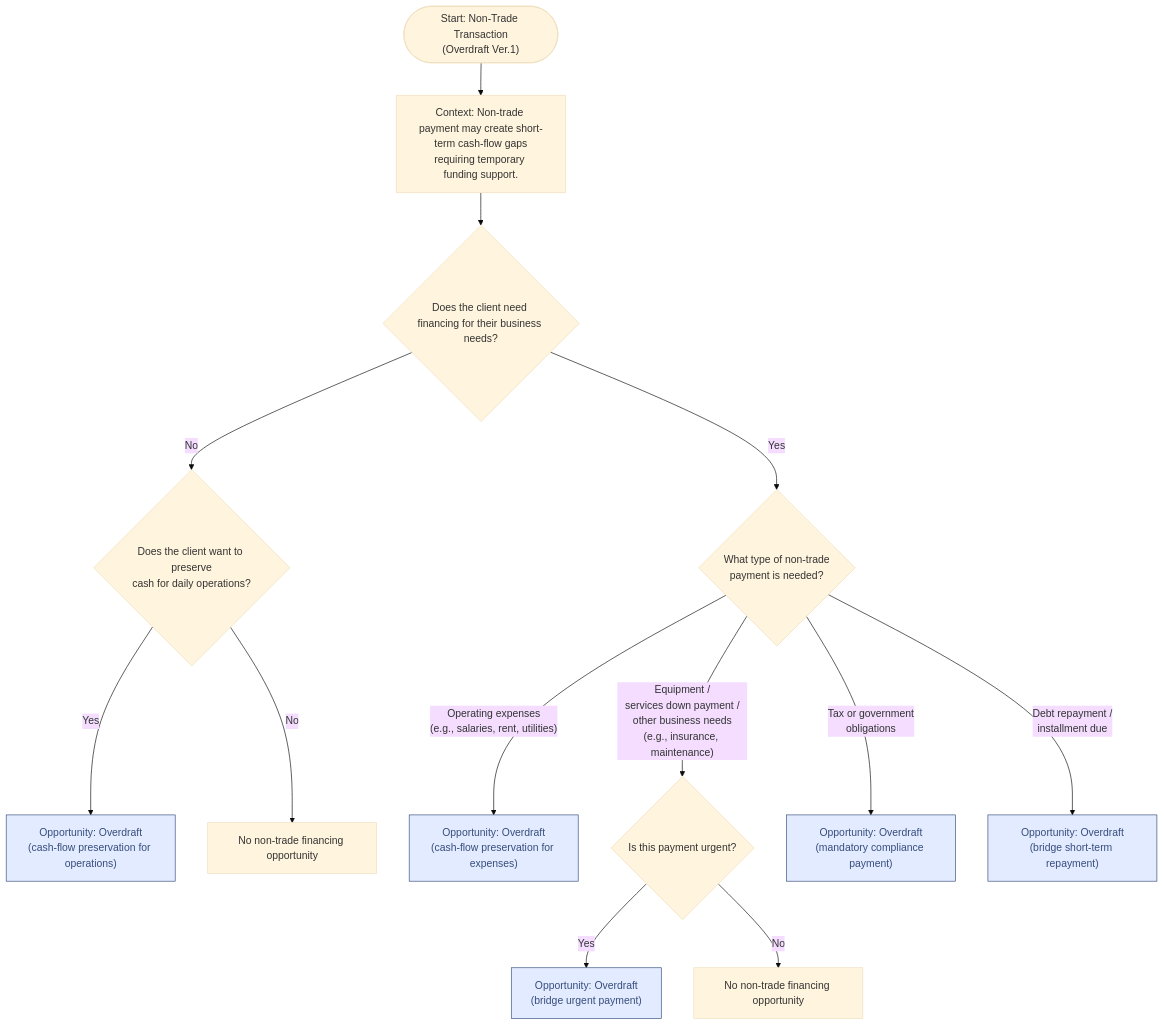
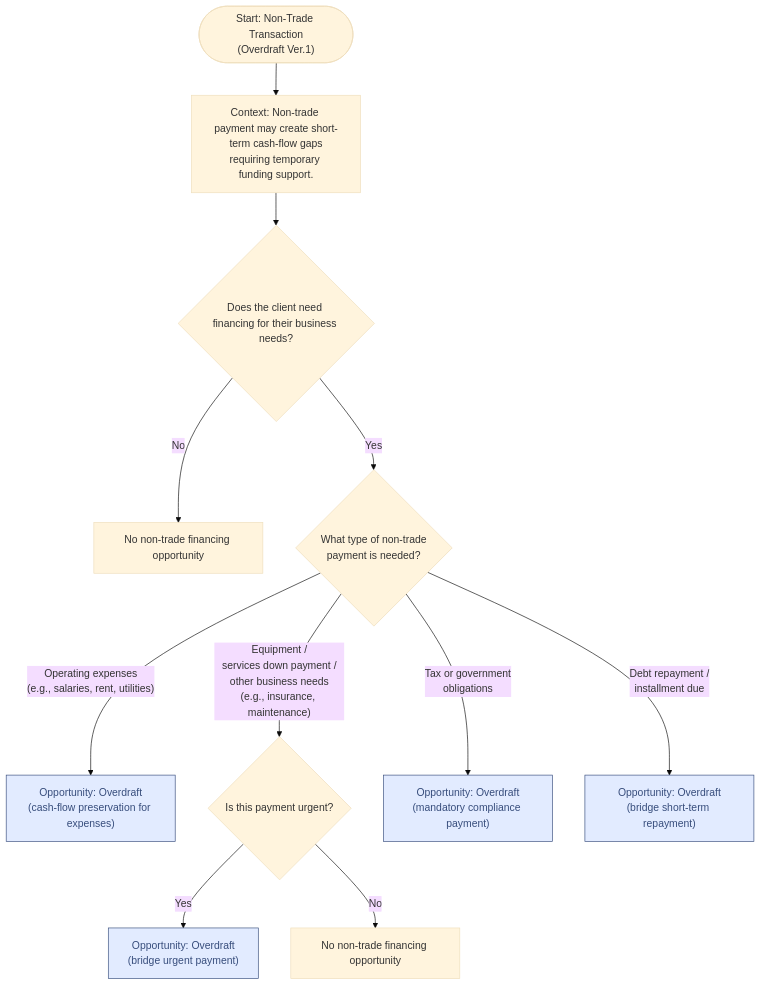
Before and after one commit to sage-develop/why: the diagram in tvc_decision_trees/loans_non_trade_trees/overdraft_tree.md, drawn with Mermaid (base theme).

````diff
--- a/tvc_decision_trees/loans_non_trade_trees/overdraft_tree.md
+++ b/tvc_decision_trees/loans_non_trade_trees/overdraft_tree.md
@@ -9,23 +9,21 @@
 ```mermaid
 flowchart TD
     Start(["Start: Non-Trade Transaction<br>(Overdraft Ver.1)"]) --> Context["Context: Non-trade payment may create short-term cash-flow gaps<br>requiring temporary funding support."]
     Context --> Q1{"Does the client need financing for their business needs?"}
-    Q1 -- No --> Q4{"Does the client want to preserve<br>cash for daily operations?"}
-    Q4 -- Yes --> OD2A["Opportunity: Overdraft<br>(cash-flow preservation for operations)"]
-    Q4 -- No --> End1["No non-trade financing opportunity"]
+    Q1 -- No --> Q4["No non-trade financing opportunity"]
     Q1 -- Yes --> Q2{"What type of non-trade<br>payment is needed?"}
     Q2 -- "Operating expenses<br>(e.g., salaries, rent, utilities)" --> OD2B["Opportunity: Overdraft<br>(cash-flow preservation for expenses)"]
     Q2 -- "Equipment /<br>services down payment /<br>other business needs<br>(e.g., insurance, maintenance)" --> Q3{"Is this payment urgent?"}
     Q2 -- Tax or government<br>obligations --> OD1["Opportunity: Overdraft<br>(mandatory compliance payment)"]
     Q2 -- Debt repayment /<br>installment due --> OD5["Opportunity: Overdraft<br>(bridge short-term repayment)"]
     Q3 -- Yes --> OD3A["Opportunity: Overdraft<br>(bridge urgent payment)"]
     Q3 -- No --> OD2C@{ label: "<span style=\"color:\">No non-trade financing opportunity</span>" }
 
+    Q4@{ shape: rect}
     OD2C@{ shape: rect}
-     OD2A:::Sky
      OD2B:::Sky
      OD1:::Sky
      OD5:::Sky
      OD3A:::Sky
     classDef Sky stroke-width:1px, stroke-dasharray:none, stroke:#374D7C, fill:#E2EBFF, color:#374D7C
 ```
````
